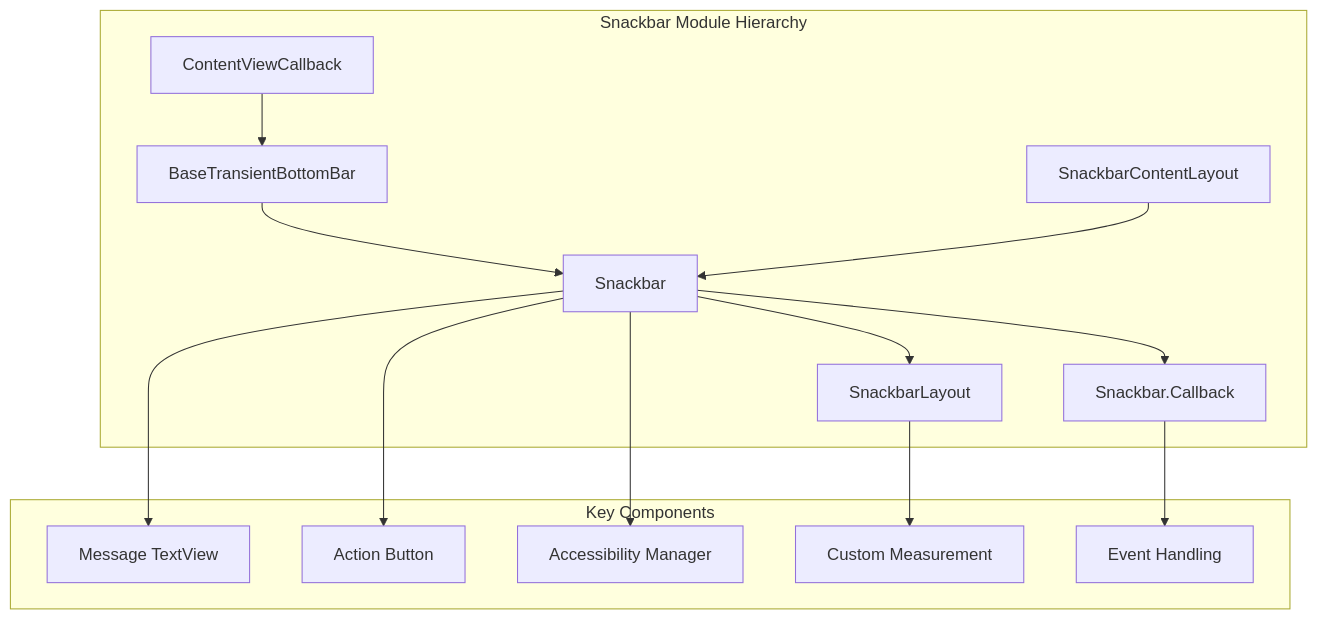
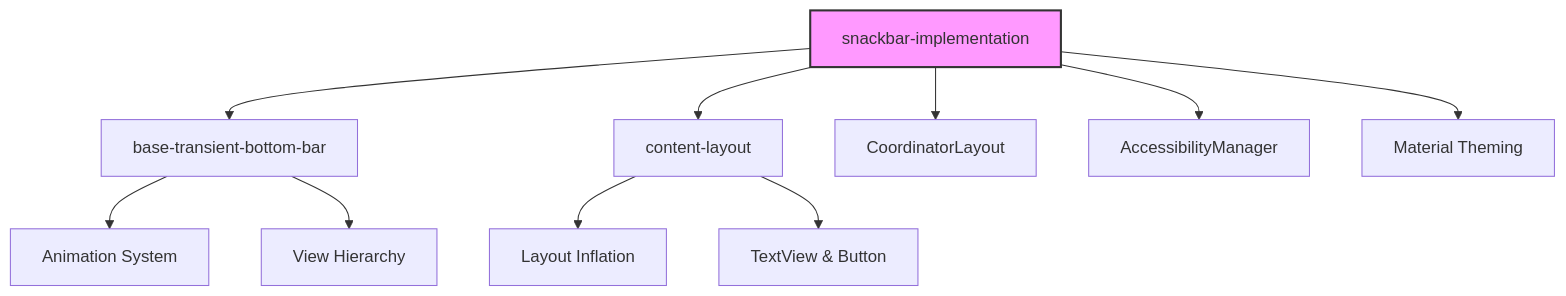
One commit to FSoft-AI4Code/codewiki-demo changed the second of 4 diagrams in docs/material-components--material-components-android-docs/snackbar-implementation.md. Above: the diagram before and after it, drawn with Mermaid. The commit also changed other lines of this file and 1103 other files, not shown here.

````diff
--- a/docs/material-components--material-components-android-docs/snackbar-implementation.md
+++ b/docs/material-components--material-components-android-docs/snackbar-implementation.md
@@ -11,18 +69,15 @@
 ```mermaid
-graph TB
-    subgraph "Snackbar Module Hierarchy"
-        A[BaseTransientBottomBar] --> B[Snackbar]
-        B --> C[SnackbarLayout]
-        B --> D[Snackbar.Callback]
-        E[SnackbarContentLayout] --> B
-        F[ContentViewCallback] --> A
-    end
+graph TD
+    A[snackbar-implementation] --> B[base-transient-bottom-bar]
+    A --> C[content-layout]
+    A --> D[CoordinatorLayout]
+    A --> E[AccessibilityManager]
+    A --> F[Material Theming]
     
-    subgraph "Key Components"
-        B --> G[Message TextView]
-        B --> H[Action Button]
-        B --> I[Accessibility Manager]
-        C --> J[Custom Measurement]
-        D --> K[Event Handling]
-    end
+    B --> G[Animation System]
+    B --> H[View Hierarchy]
+    C --> I[Layout Inflation]
+    C --> J[TextView & Button]
+    
+    style A fill:#f9f,stroke:#333,stroke-width:2px
 ```
````
